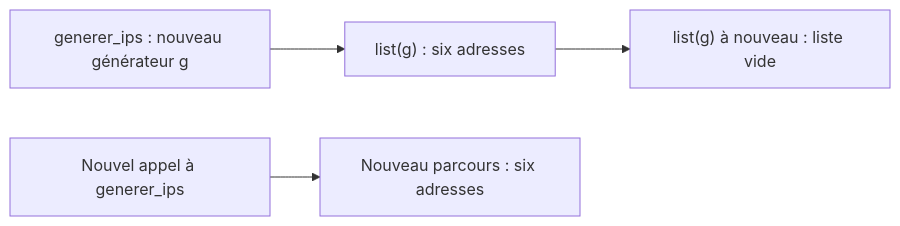
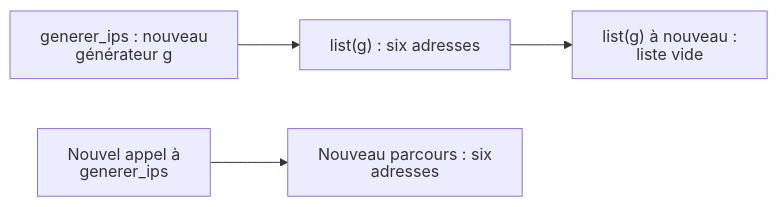
One commit to lapeyrade/formation-python changed the second of 2 diagrams in ateliers/03/README.md. Above: the diagram before and after it, drawn with Mermaid. The commit also changed other lines of this file and 17 other files, not shown here.

````diff
--- a/ateliers/03/README.md
+++ b/ateliers/03/README.md
@@ -80,6 +83,7 @@
 ```mermaid
+%%{init: {"htmlLabels": false, "flowchart": {"htmlLabels": false}}}%%
 flowchart LR
-  A["generer_ips : nouveau générateur g"] --> B["list(g) : six adresses"]
-  B --> C["list(g) à nouveau : liste vide"]
-  D["Nouvel appel à generer_ips"] --> E["Nouveau parcours : six adresses"]
+  A["generer_ips : nouveau<br/>générateur g"] --> B["list(g) : six adresses"]
+  B --> C["list(g) à nouveau :<br/>liste vide"]
+  D["Nouvel appel à<br/>generer_ips"] --> E["Nouveau parcours : six<br/>adresses"]
 ```
````
